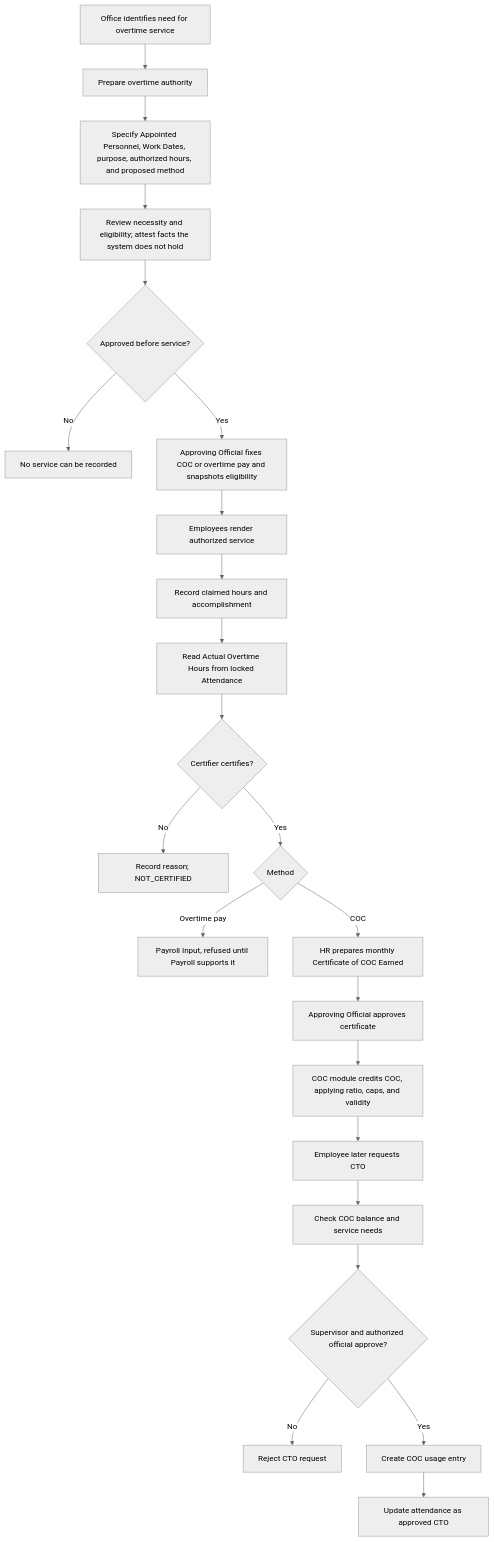
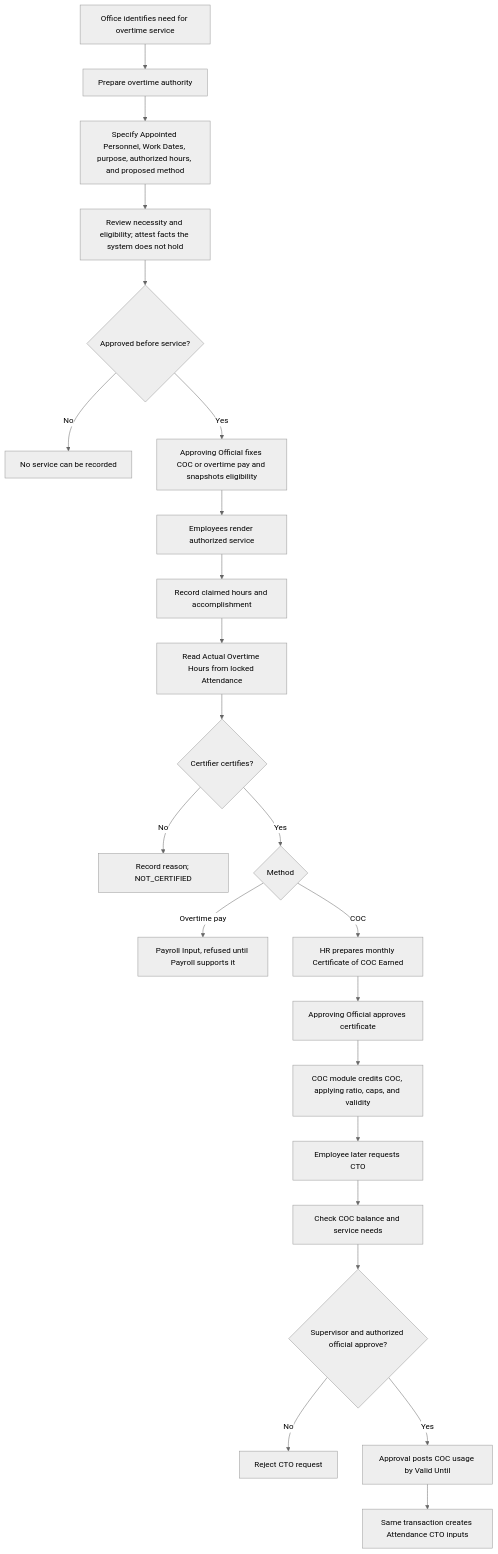
Diagram 13 of 18 in docs/mvp-workflows.md (systemeror12/lingkod-hr), drawn with Mermaid (neutral theme) before and after one commit. The commit also changed 7 other files, not shown here.

First line of the commit message:
Decide the COC ledger and CTO contracts (#318)

````diff
--- a/docs/mvp-workflows.md
+++ b/docs/mvp-workflows.md
@@ -536,25 +536,25 @@
 ```mermaid
 flowchart TD
     A[Office identifies need for overtime service] --> B[Prepare overtime authority]
     B --> C[Specify Appointed Personnel, Work Dates, purpose, authorized hours, and proposed method]
     C --> D[Review necessity and eligibility; attest facts the system does not hold]
     D --> E{Approved before service?}
     E -- No --> F[No service can be recorded]
     E -- Yes --> E2[Approving Official fixes COC or overtime pay and snapshots eligibility]
     E2 --> G[Employees render authorized service]
     G --> H[Record claimed hours and accomplishment]
     H --> I[Read Actual Overtime Hours from locked Attendance]
     I --> J{Certifier certifies?}
     J -- No --> N[Record reason; NOT_CERTIFIED]
     J -- Yes --> K{Method}
     K -- Overtime pay --> L[Payroll Input, refused until Payroll supports it]
     K -- COC --> M1[HR prepares monthly Certificate of COC Earned]
     M1 --> M2[Approving Official approves certificate]
     M2 --> M[COC module credits COC, applying ratio, caps, and validity]
     M --> O[Employee later requests CTO]
     O --> P[Check COC balance and service needs]
     P --> Q{Supervisor and authorized official approve?}
     Q -- No --> R[Reject CTO request]
-    Q -- Yes --> S[Create COC usage entry]
-    S --> T[Update attendance as approved CTO]
+    Q -- Yes --> S[Approval posts COC usage by Valid Until]
+    S --> T[Same transaction creates Attendance CTO inputs]
 ```
````
